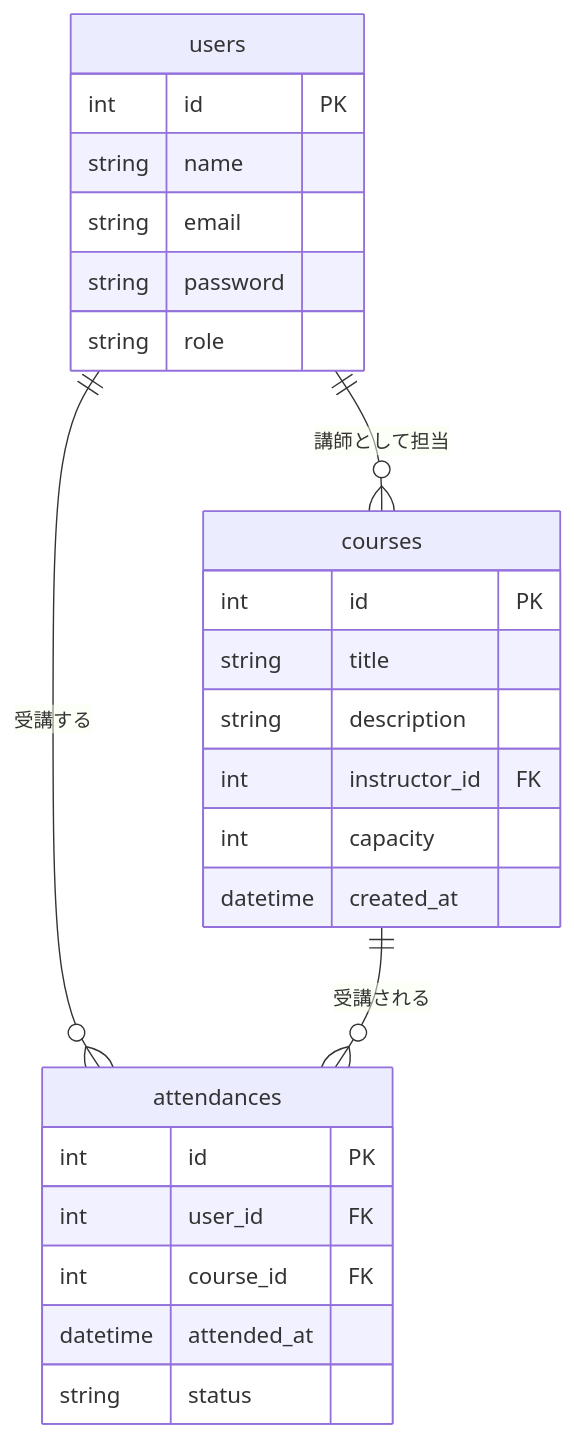
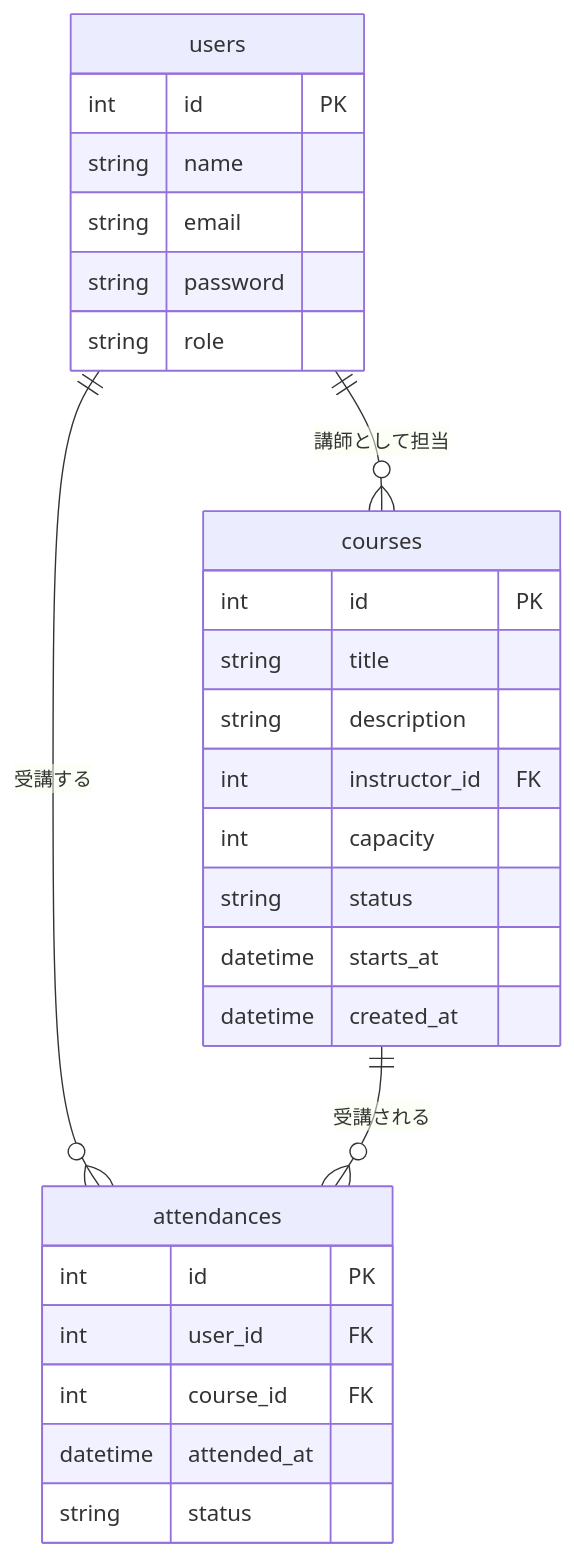
Before and after one commit to kou-tech/laravel-lesson: the diagram in lessons/er.md, drawn with Mermaid. The commit also changed 2 other files, not shown here.

Commit message:
coursesテーブルにstarts_atカラムを追加し、関連するマイグレーションとリソースを更新

````diff
--- a/lessons/er.md
+++ b/lessons/er.md
@@ -3,31 +3,33 @@
 ```mermaid
 erDiagram
     users ||--o{ attendances : "受講する"
     courses ||--o{ attendances : "受講される"
     users ||--o{ courses : "講師として担当"
 
     users {
         int id PK
         string name
         string email
         string password
         string role
     }
 
     courses {
         int id PK
         string title
         string description
         int instructor_id FK
         int capacity
+        string status
+        datetime starts_at
         datetime created_at
     }
 
     attendances {
         int id PK
         int user_id FK
         int course_id FK
         datetime attended_at
         string status
     }
 ```
````
